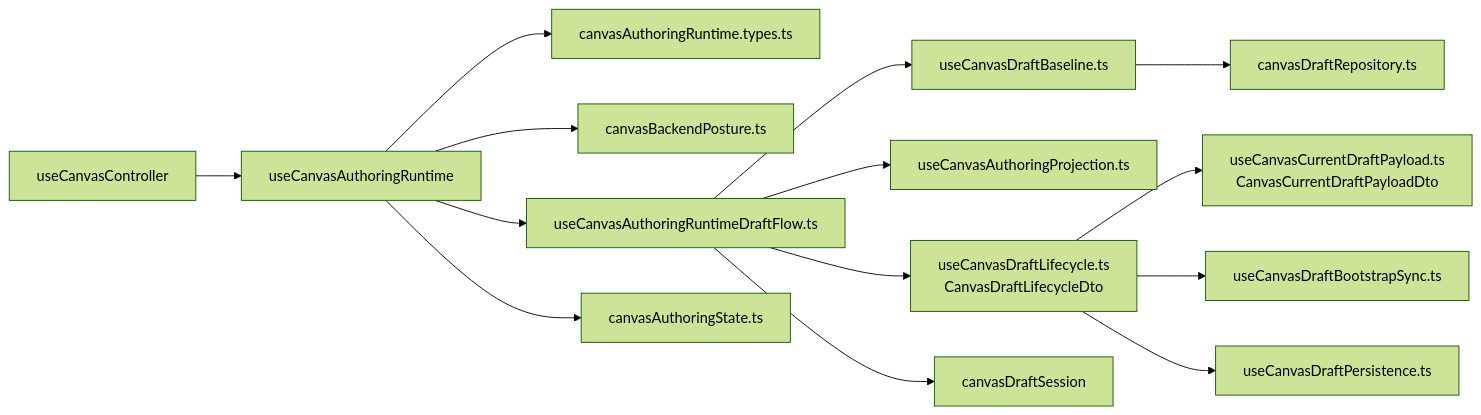
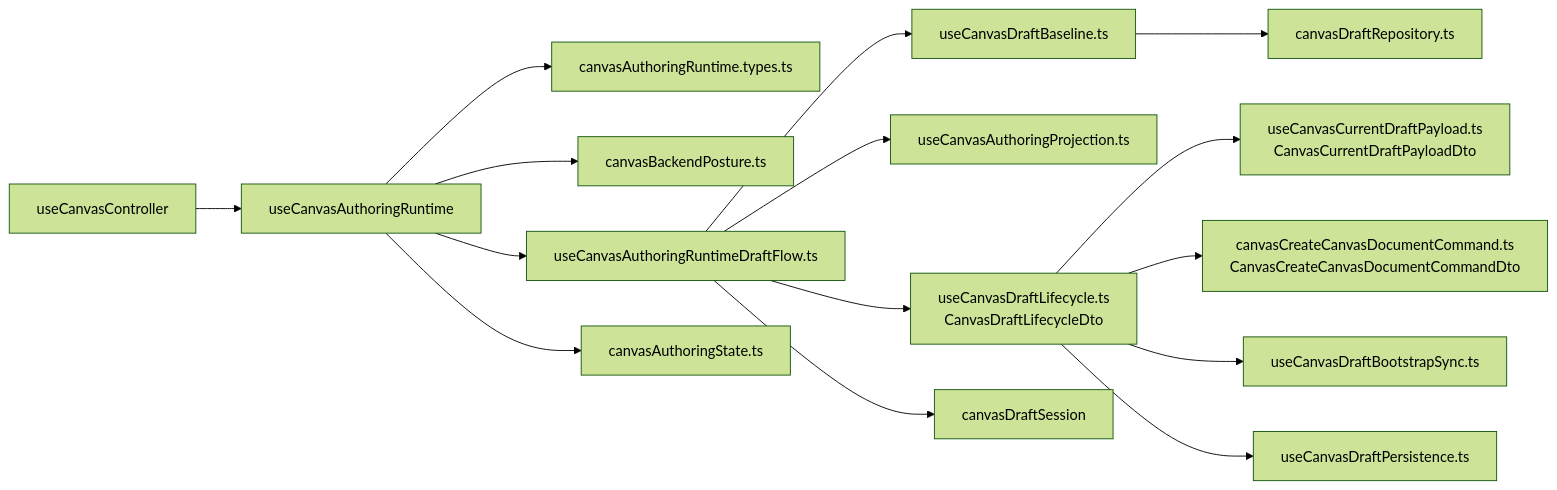
Before and after one commit to dunay2/dvt: the first of 2 diagrams in docs/architecture/components/web/graph/canvas-authoring-runtime-component.md, drawn with Mermaid (forest theme). The commit also changed other lines of this file and 4 other files, not shown here.

````diff
--- a/docs/architecture/components/web/graph/canvas-authoring-runtime-component.md
+++ b/docs/architecture/components/web/graph/canvas-authoring-runtime-component.md
@@ -133,18 +139,19 @@
 ```mermaid
 flowchart LR
   Controller["useCanvasController"] --> Runtime["useCanvasAuthoringRuntime"]
   Runtime --> Contract["canvasAuthoringRuntime.types.ts"]
   Runtime --> Backend["canvasBackendPosture.ts"]
   Runtime --> DraftFlow["useCanvasAuthoringRuntimeDraftFlow.ts"]
   Runtime --> AuthoringState["canvasAuthoringState.ts"]
 
   DraftFlow --> Baseline["useCanvasDraftBaseline.ts"]
   DraftFlow --> Projection["useCanvasAuthoringProjection.ts"]
   DraftFlow --> Lifecycle["useCanvasDraftLifecycle.ts<br>CanvasDraftLifecycleDto"]
   DraftFlow --> Session["canvasDraftSession"]
 
   Baseline --> Repository["canvasDraftRepository.ts"]
   Lifecycle --> PayloadDto["useCanvasCurrentDraftPayload.ts<br>CanvasCurrentDraftPayloadDto"]
+  Lifecycle --> CreateCanvas["canvasCreateCanvasDocumentCommand.ts<br>CanvasCreateCanvasDocumentCommandDto"]
   Lifecycle --> Bootstrap["useCanvasDraftBootstrapSync.ts"]
   Lifecycle --> Persistence["useCanvasDraftPersistence.ts"]
 ```
````
